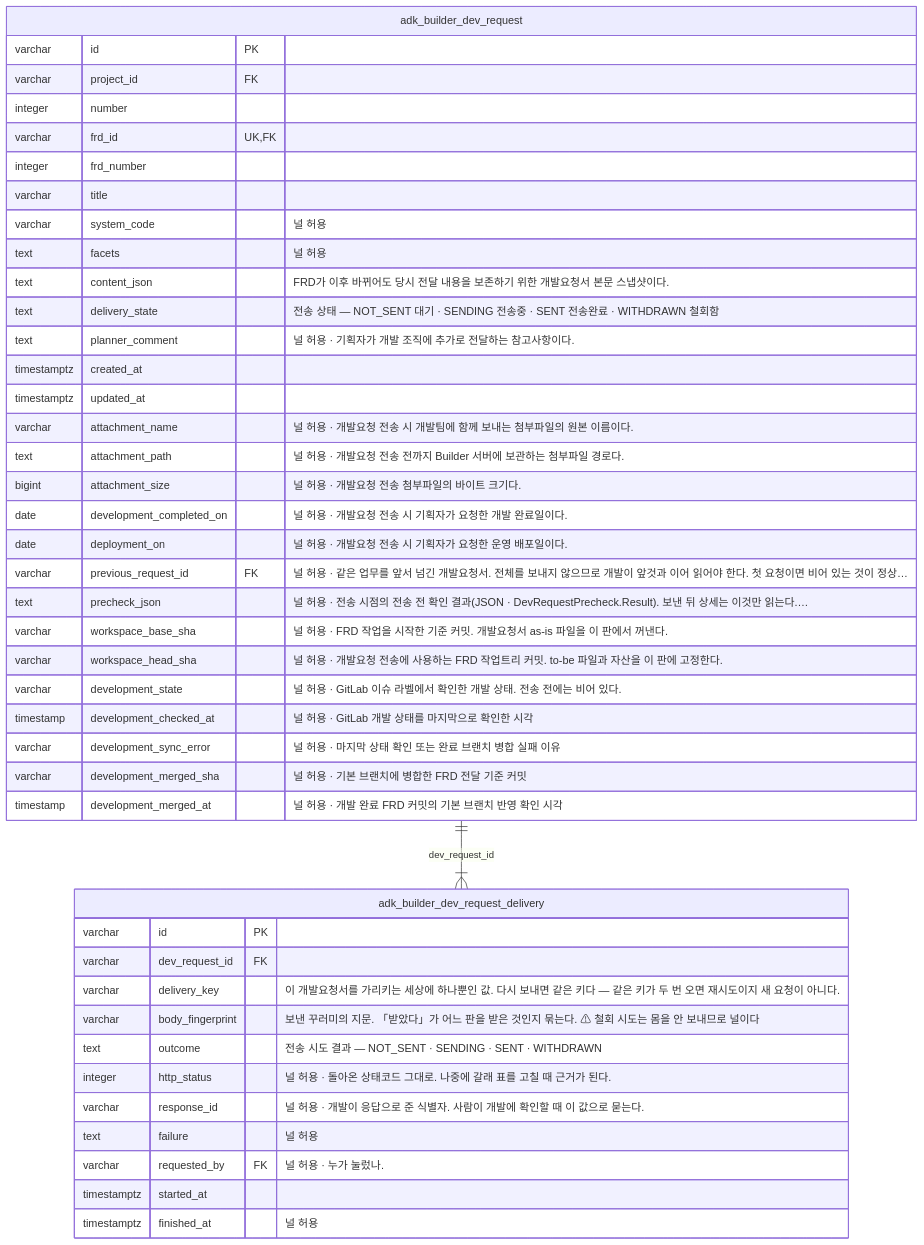
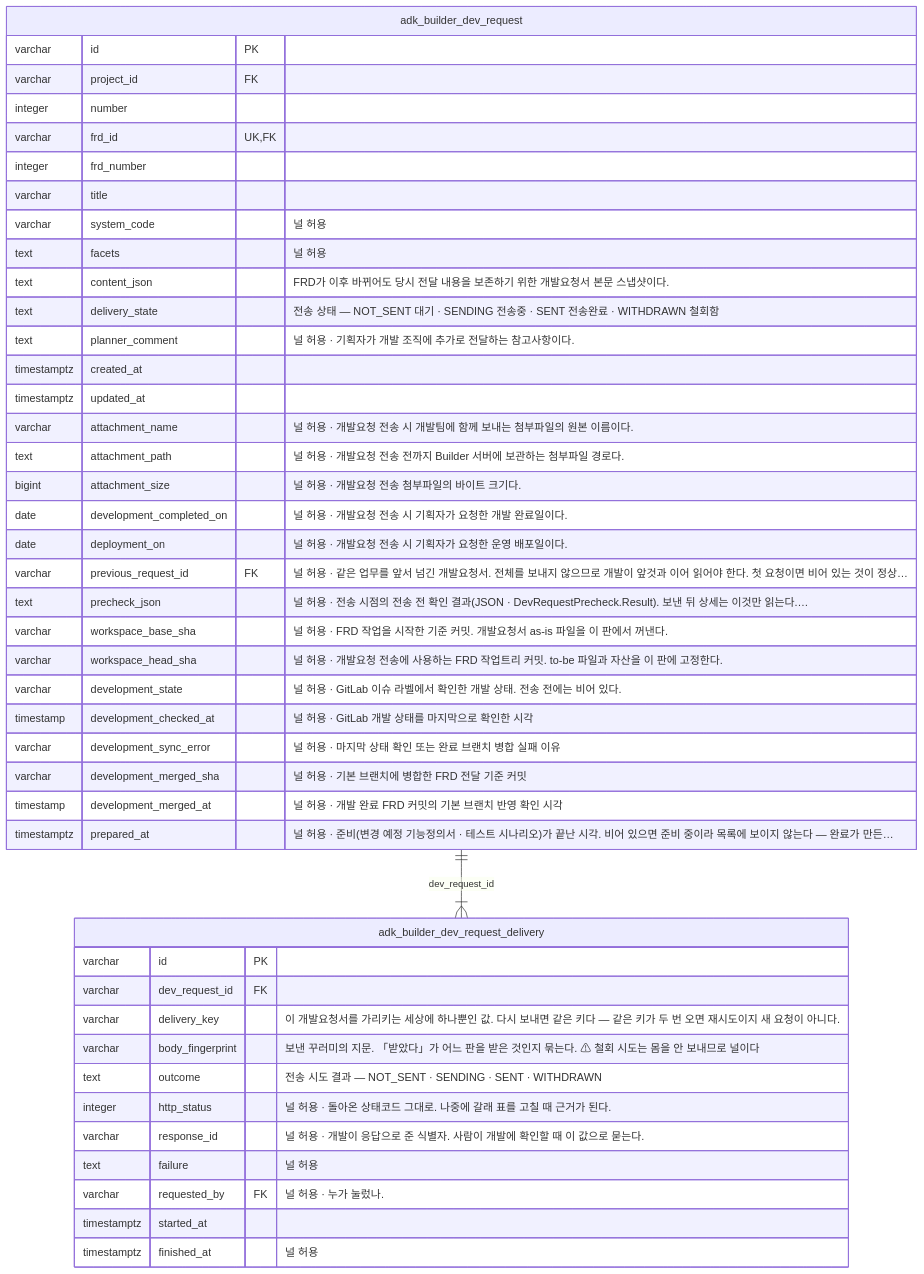
One commit to beple-dev-1/we-adp-bulider-test changed the fourth of 9 diagrams in docs/data-model.md. Above: the diagram before and after it, drawn with Mermaid. The commit also changed other lines of this file and 21 other files, not shown here.

````diff
--- a/docs/data-model.md
+++ b/docs/data-model.md
@@ -562,46 +562,47 @@
 ```mermaid
 erDiagram
     adk_builder_dev_request ||--|{ adk_builder_dev_request_delivery : "dev_request_id"
     adk_builder_dev_request {
         varchar id PK
         varchar project_id FK
         integer number
         varchar frd_id UK, FK
         integer frd_number
         varchar title
         varchar system_code "널 허용"
         text facets "널 허용"
         text content_json "FRD가 이후 바뀌어도 당시 전달 내용을 보존하기 위한 개발요청서 본문 스냅샷이다."
         text delivery_state "전송 상태 — NOT_SENT 대기 · SENDING 전송중 · SENT 전송완료 · WITHDRAWN 철회함"
         text planner_comment "널 허용 · 기획자가 개발 조직에 추가로 전달하는 참고사항이다."
         timestamptz created_at
         timestamptz updated_at
         varchar attachment_name "널 허용 · 개발요청 전송 시 개발팀에 함께 보내는 첨부파일의 원본 이름이다."
         text attachment_path "널 허용 · 개발요청 전송 전까지 Builder 서버에 보관하는 첨부파일 경로다."
         bigint attachment_size "널 허용 · 개발요청 전송 첨부파일의 바이트 크기다."
         date development_completed_on "널 허용 · 개발요청 전송 시 기획자가 요청한 개발 완료일이다."
         date deployment_on "널 허용 · 개발요청 전송 시 기획자가 요청한 운영 배포일이다."
         varchar previous_request_id FK "널 허용 · 같은 업무를 앞서 넘긴 개발요청서. 전체를 보내지 않으므로 개발이 앞것과 이어 읽어야 한다. 첫 요청이면 비어 있는 것이 정상…"
         text precheck_json "널 허용 · 전송 시점의 전송 전 확인 결과(JSON · DevRequestPrecheck.Result). 보낸 뒤 상세는 이것만 읽는다.…"
         varchar workspace_base_sha "널 허용 · FRD 작업을 시작한 기준 커밋. 개발요청서 as-is 파일을 이 판에서 꺼낸다."
         varchar workspace_head_sha "널 허용 · 개발요청 전송에 사용하는 FRD 작업트리 커밋. to-be 파일과 자산을 이 판에 고정한다."
         varchar development_state "널 허용 · GitLab 이슈 라벨에서 확인한 개발 상태. 전송 전에는 비어 있다."
         timestamp development_checked_at "널 허용 · GitLab 개발 상태를 마지막으로 확인한 시각"
         varchar development_sync_error "널 허용 · 마지막 상태 확인 또는 완료 브랜치 병합 실패 이유"
         varchar development_merged_sha "널 허용 · 기본 브랜치에 병합한 FRD 전달 기준 커밋"
         timestamp development_merged_at "널 허용 · 개발 완료 FRD 커밋의 기본 브랜치 반영 확인 시각"
+        timestamptz prepared_at "널 허용 · 준비(변경 예정 기능정의서 · 테스트 시나리오)가 끝난 시각. 비어 있으면 준비 중이라 목록에 보이지 않는다 — 완료가 만든…"
     }
     adk_builder_dev_request_delivery {
         varchar id PK
         varchar dev_request_id FK
         varchar delivery_key "이 개발요청서를 가리키는 세상에 하나뿐인 값. 다시 보내면 같은 키다 — 같은 키가 두 번 오면 재시도이지 새 요청이 아니다."
         varchar body_fingerprint "보낸 꾸러미의 지문. 「받았다」가 어느 판을 받은 것인지 묶는다. ⚠ 철회 시도는 몸을 안 보내므로 널이다"
         text outcome "전송 시도 결과 — NOT_SENT · SENDING · SENT · WITHDRAWN"
         integer http_status "널 허용 · 돌아온 상태코드 그대로. 나중에 갈래 표를 고칠 때 근거가 된다."
         varchar response_id "널 허용 · 개발이 응답으로 준 식별자. 사람이 개발에 확인할 때 이 값으로 묻는다."
         text failure "널 허용"
         varchar requested_by FK "널 허용 · 누가 눌렀나."
         timestamptz started_at
         timestamptz finished_at "널 허용"
     }
 ```
````
